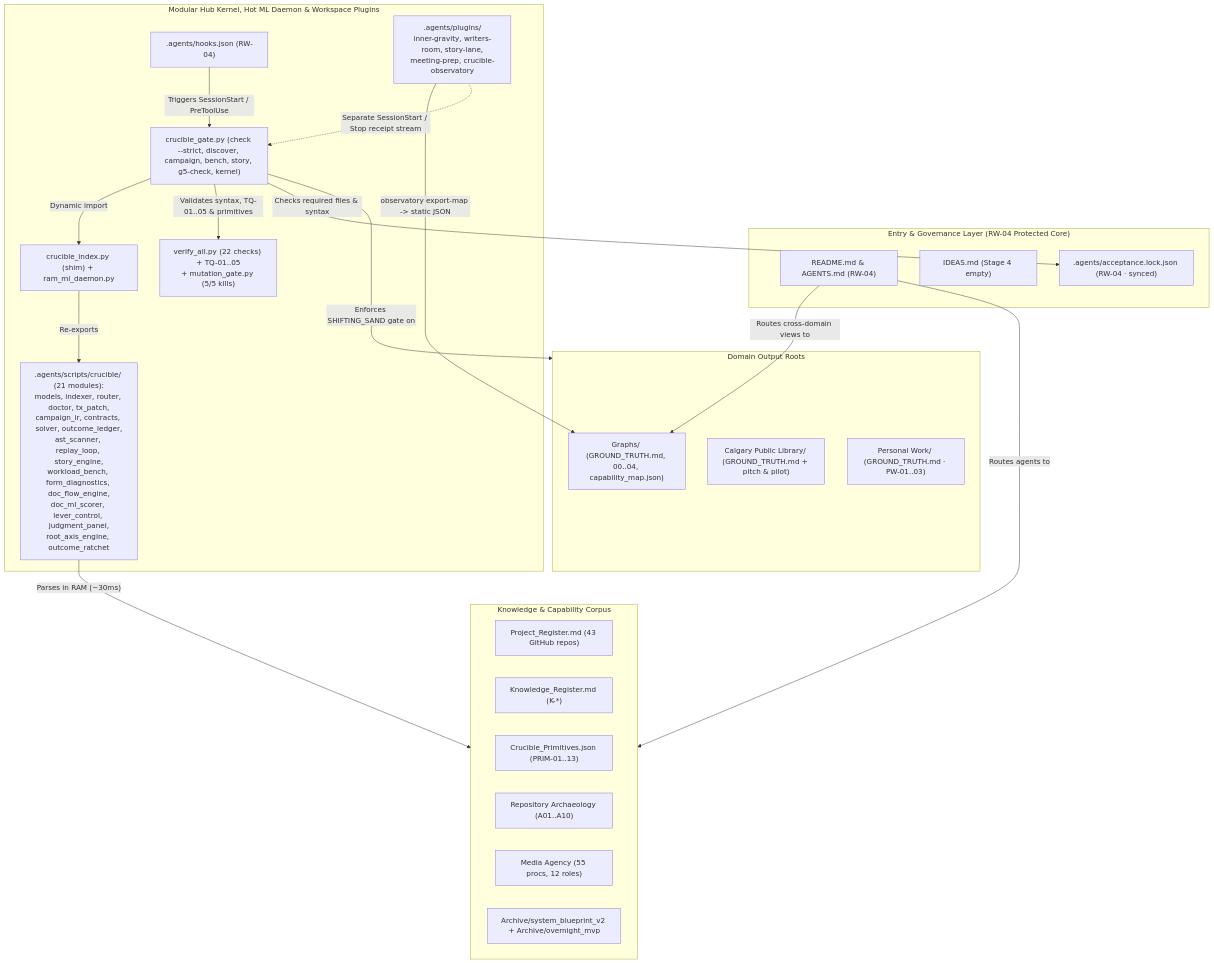
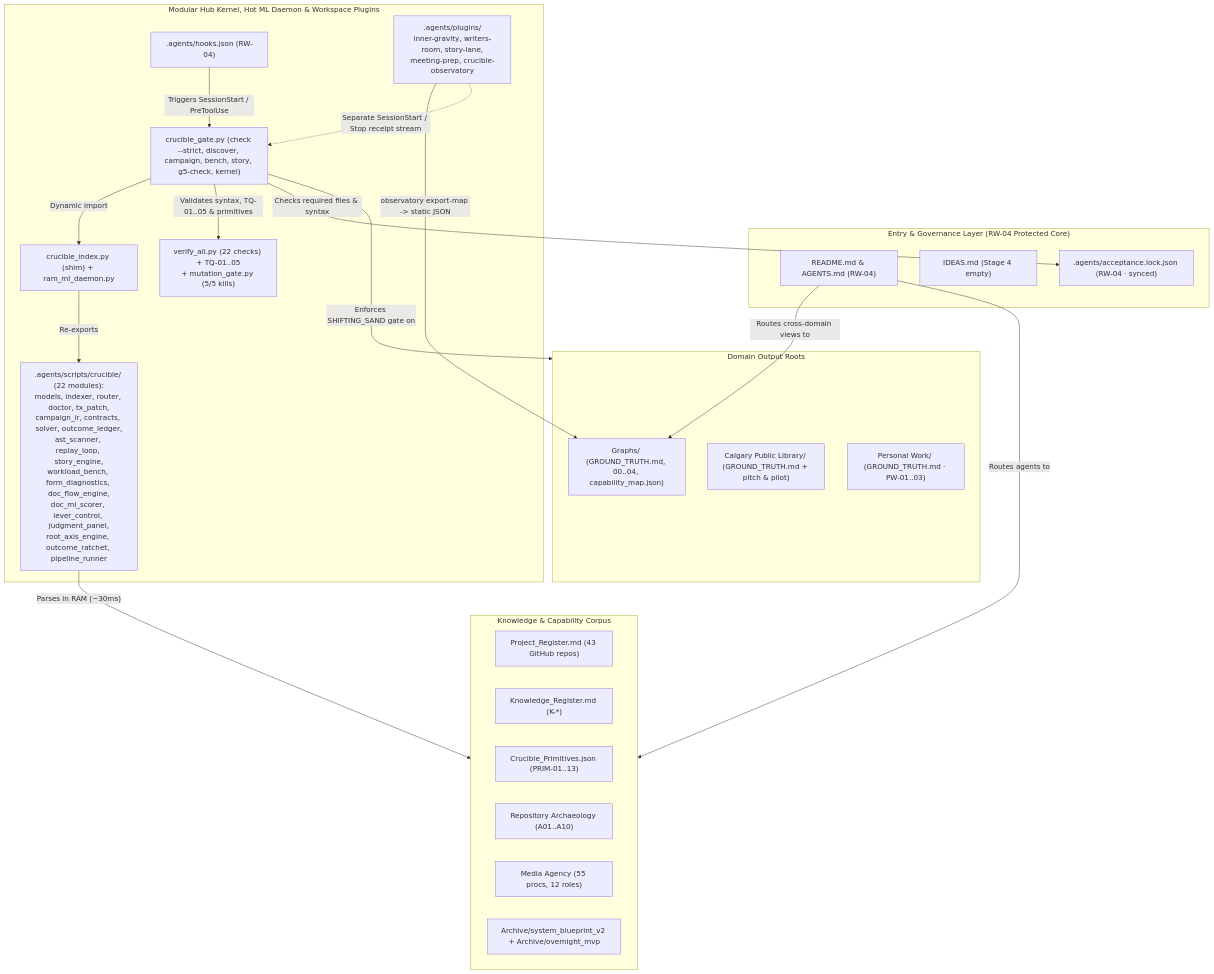
The diagram in Graphs/00_System_Atlas_and_Neon_Handoff.md (guarani-ux/Crucible-Domain), drawn with Mermaid before and after one commit. The commit also changed other lines of this file and 6 other files, not shown here.

Commit message:
feat(bench): add 8-stage end-to-end project pipeline with cross-doc parity, message carry-through, and cold-receiver standalone rating

````diff
--- a/Graphs/00_System_Atlas_and_Neon_Handoff.md
+++ b/Graphs/00_System_Atlas_and_Neon_Handoff.md
@@ -37,44 +37,44 @@
 ```mermaid
 flowchart TD
     subgraph ENTRY["Entry & Governance Layer (RW-04 Protected Core)"]
         README["README.md & AGENTS.md (RW-04)"]
         IDEAS["IDEAS.md (Stage 4 empty)"]
         LOCK[".agents/acceptance.lock.json (RW-04 · synced)"]
     end
 
     subgraph KNOWLEDGE["Knowledge & Capability Corpus"]
         PROJ["Project_Register.md (43 GitHub repos)"]
         KNOW["Knowledge_Register.md (K-*)"]
         PRIM["Crucible_Primitives.json (PRIM-01..13)"]
         ARCH["Repository Archaeology (A01..A10)"]
         MEDIA["Media Agency (55 procs, 12 roles)"]
         BLUE["Archive/system_blueprint_v2 + Archive/overnight_mvp"]
     end
 
     subgraph RUNTIME["Modular Hub Kernel, Hot ML Daemon & Workspace Plugins"]
         HOOKS[".agents/hooks.json (RW-04)"]
         GATE["crucible_gate.py (check --strict, discover, campaign, bench, story, g5-check, kernel)"]
         SHIM["crucible_index.py (shim) + ram_ml_daemon.py"]
-        PKG[".agents/scripts/crucible/ (21 modules):\nmodels, indexer, router, doctor, tx_patch,\ncampaign_ir, contracts, solver, outcome_ledger,\nast_scanner, replay_loop, story_engine,\nworkload_bench, form_diagnostics, doc_flow_engine,\ndoc_ml_scorer, lever_control, judgment_panel,\nroot_axis_engine, outcome_ratchet"]
+        PKG[".agents/scripts/crucible/ (22 modules):\nmodels, indexer, router, doctor, tx_patch,\ncampaign_ir, contracts, solver, outcome_ledger,\nast_scanner, replay_loop, story_engine,\nworkload_bench, form_diagnostics, doc_flow_engine,\ndoc_ml_scorer, lever_control, judgment_panel,\nroot_axis_engine, outcome_ratchet, pipeline_runner"]
         TQ["verify_all.py (22 checks) + TQ-01..05\n+ mutation_gate.py (5/5 kills)"]
         IG_PLUG[".agents/plugins/\ninner-gravity, writers-room, story-lane,\nmeeting-prep, crucible-observatory"]
     end
 
     subgraph OUTPUTS["Domain Output Roots"]
         GRAPHS["Graphs/ (GROUND_TRUTH.md, 00..04, capability_map.json)"]
         CPL["Calgary Public Library/ (GROUND_TRUTH.md + pitch & pilot)"]
         PERS["Personal Work/ (GROUND_TRUTH.md · PW-01..03)"]
     end
 
     HOOKS -->|"Triggers SessionStart / PreToolUse"| GATE
     GATE -->|"Dynamic import"| SHIM
     SHIM -->|"Re-exports"| PKG
     PKG -->|"Parses in RAM (~30ms)"| KNOWLEDGE
     IG_PLUG -->|"observatory export-map -> static JSON"| GRAPHS
     GATE -->|"Enforces SHIFTING_SAND gate on"| OUTPUTS
     GATE -->|"Validates syntax, TQ-01..05 & primitives"| TQ
     GATE -->|"Checks required files & syntax"| LOCK
     README -->|"Routes agents to"| KNOWLEDGE
     README -->|"Routes cross-domain views to"| GRAPHS
     IG_PLUG -.->|"Separate SessionStart / Stop receipt stream"| GATE
 ```
````
